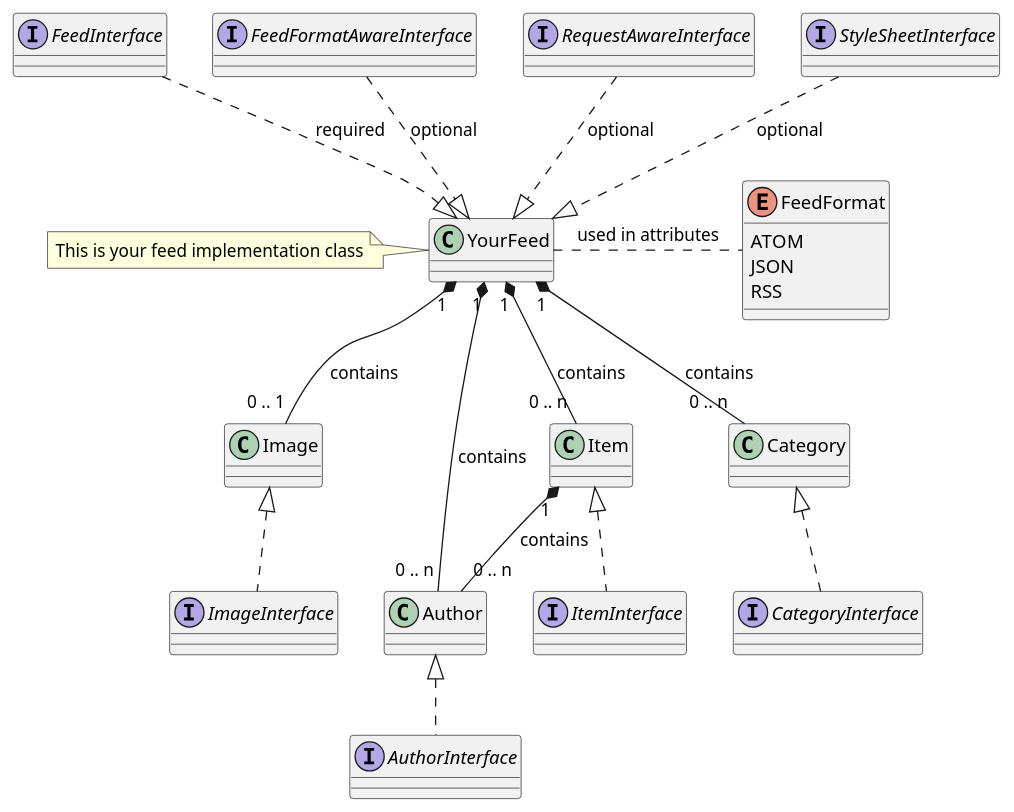
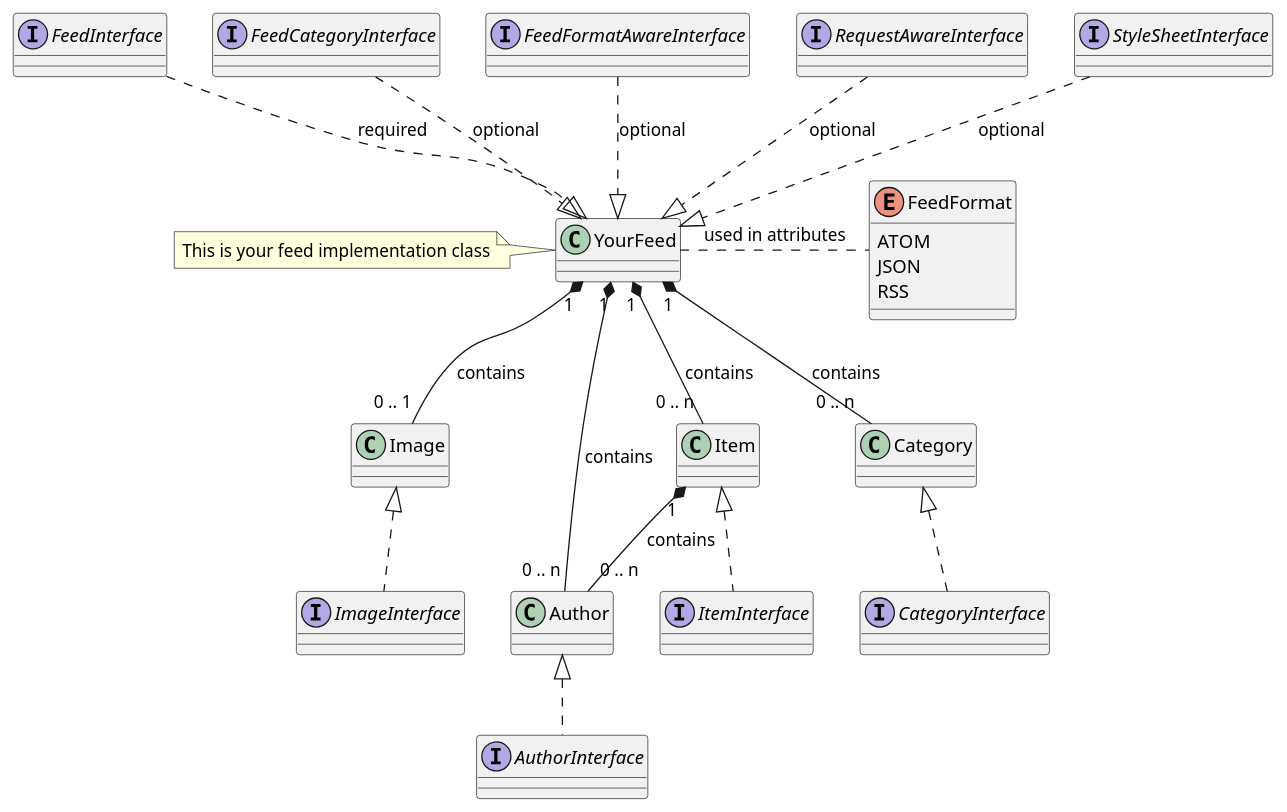
Before and after one commit to brotkrueml/typo3-feed-generator: the diagram in Documentation/API/Index.rst, drawn with PlantUML.

Commit message:
[DOCS] Add FeedCategoryInterface to diagram

```diff
--- a/Documentation/API/Index.rst
+++ b/Documentation/API/Index.rst
@@ -18,44 +18,46 @@
 .. uml::
 
    enum FeedFormat {
       ATOM
       JSON
       RSS
    }
 
    interface AuthorInterface
    interface CategoryInterface
    interface FeedInterface
+   interface FeedCategoryInterface
    interface FeedFormatAwareInterface
    interface ImageInterface
    interface ItemInterface
    interface RequestAwareInterface
    interface StyleSheetInterface
 
    class Author
    class Image
    class Item
 
    class YourFeed
    note left: This is your feed implementation class
 
    YourFeed -[hidden]> FeedFormat
 
 
    Author <|.. AuthorInterface
    Category <|.. CategoryInterface
    Image <|.. ImageInterface
    Item <|.. ItemInterface
 
    FeedInterface ..|> YourFeed : required
+   FeedCategoryInterface ..|> YourFeed : optional
    FeedFormatAwareInterface ..|> YourFeed : optional
    RequestAwareInterface ..|> YourFeed : optional
    StyleSheetInterface ..|> YourFeed : optional
 
    Item "1" *-- "0 .. n" Author : contains
 
    YourFeed "1" *-- "0 .. n" Author : contains
    YourFeed "1" *-- "0 .. n" Category : contains
    YourFeed "1" *-- "0 .. 1" Image : contains
    YourFeed "1" *-- "0 .. n" Item : contains
    YourFeed .. FeedFormat : used in attributes
```
